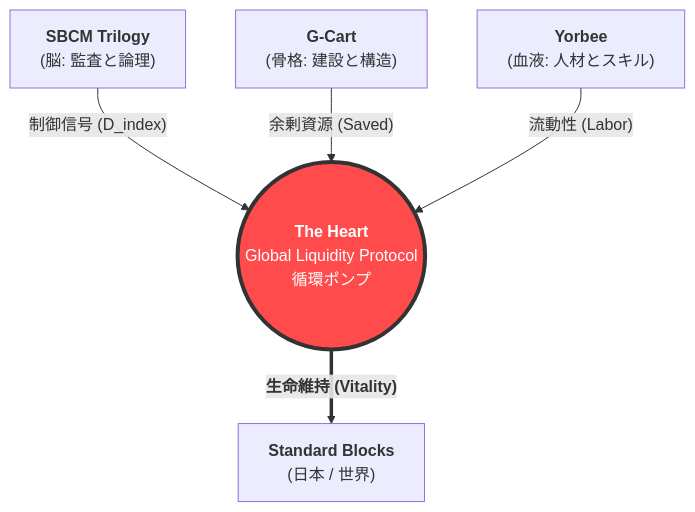
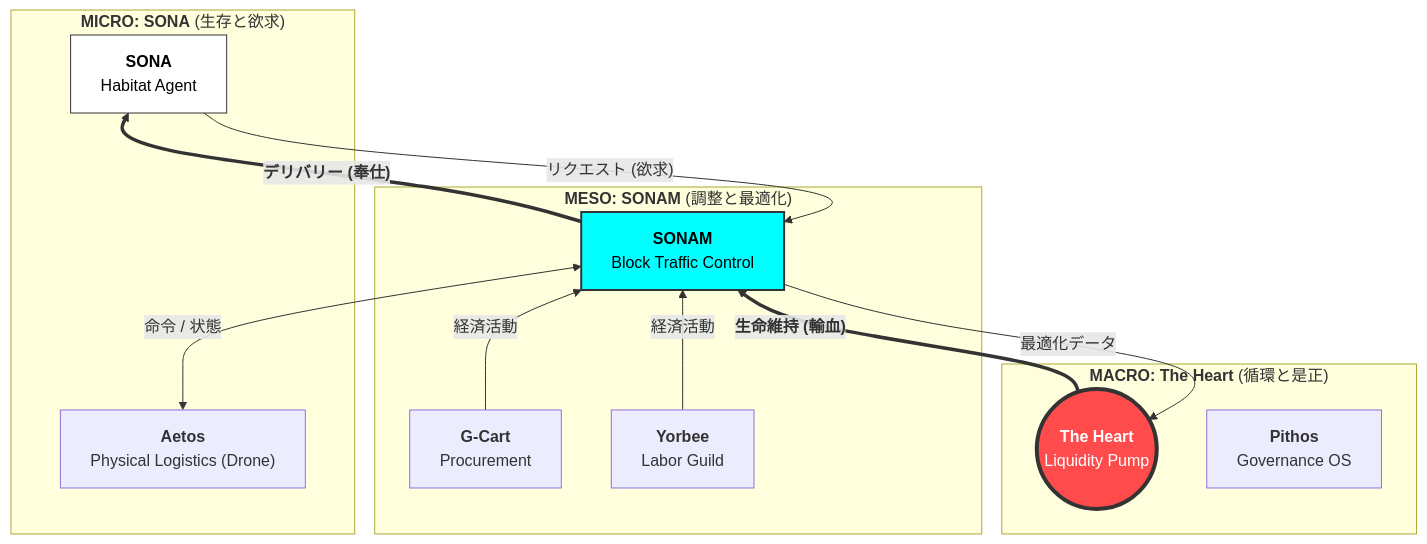
The diagram in profile/README_JP.md (SBCM-Alliance/.github), drawn with Mermaid before and after one commit. The commit also changed other lines of this file, not shown here.

````diff
--- a/profile/README_JP.md
+++ b/profile/README_JP.md
@@ -78,20 +67,33 @@
 ```mermaid
-graph TD
-    %% Definitions
-    Brain["<b>SBCM Trilogy</b><br>(脳: 監査と論理)"]
-    Bone["<b>G-Cart</b><br>(骨格: 建設と構造)"]
-    Blood["<b>Yorbee</b><br>(血液: 人材とスキル)"]
+graph BT
+    %% Layers
+    subgraph Macro ["<b>MACRO: The Heart</b> (循環と是正)"]
+        Heart(("<b>The Heart</b><br>Liquidity Pump"))
+        Pithos["<b>Pithos</b><br>Governance OS"]
+    end
+
+    subgraph Meso ["<b>MESO: SONAM</b> (調整と最適化)"]
+        SONAM["<b>SONAM</b><br>Block Traffic Control"]
+        GCart["<b>G-Cart</b><br>Procurement"]
+        Yorbee["<b>Yorbee</b><br>Labor Guild"]
+    end
+
+    subgraph Micro ["<b>MICRO: SONA</b> (生存と欲求)"]
+        SONA["<b>SONA</b><br>Habitat Agent"]
+        Aetos["<b>Aetos</b><br>Physical Logistics (Drone)"]
+    end
+
+    %% Connections
+    SONA -->|"リクエスト (欲求)"| SONAM
+    Aetos <-->|"命令 / 状態"| SONAM
     
-    %% The Heart
-    Heart(("<b>The Heart</b><br>Global Liquidity Protocol<br>循環ポンプ"))
+    SONAM -->|"最適化データ"| Heart
+    GCart & Yorbee -->|"経済活動"| SONAM
     
-    %% Connections
-    Brain -->|"制御信号 (D_index)"| Heart
-    Bone -->|"余剰資源 (Saved)"| Heart
-    Blood -->|"流動性 (Labor)"| Heart
-    
-    %% Output
-    Heart ==>|"<b>生命維持 (Vitality)</b>"| Body["<b>Standard Blocks</b><br>(日本 / 世界)"]
-    
+    Heart ==>|"<b>生命維持 (輸血)</b>"| SONAM
+    SONAM ==>|"<b>デリバリー (奉仕)</b>"| SONA
+
     style Heart fill:#ff4b4b,stroke:#333,stroke-width:4px,color:white
+    style SONAM fill:#00ffff,stroke:#333,stroke-width:2px,color:black
+    style SONA fill:#fff,stroke:#333,color:black
 ```
````
